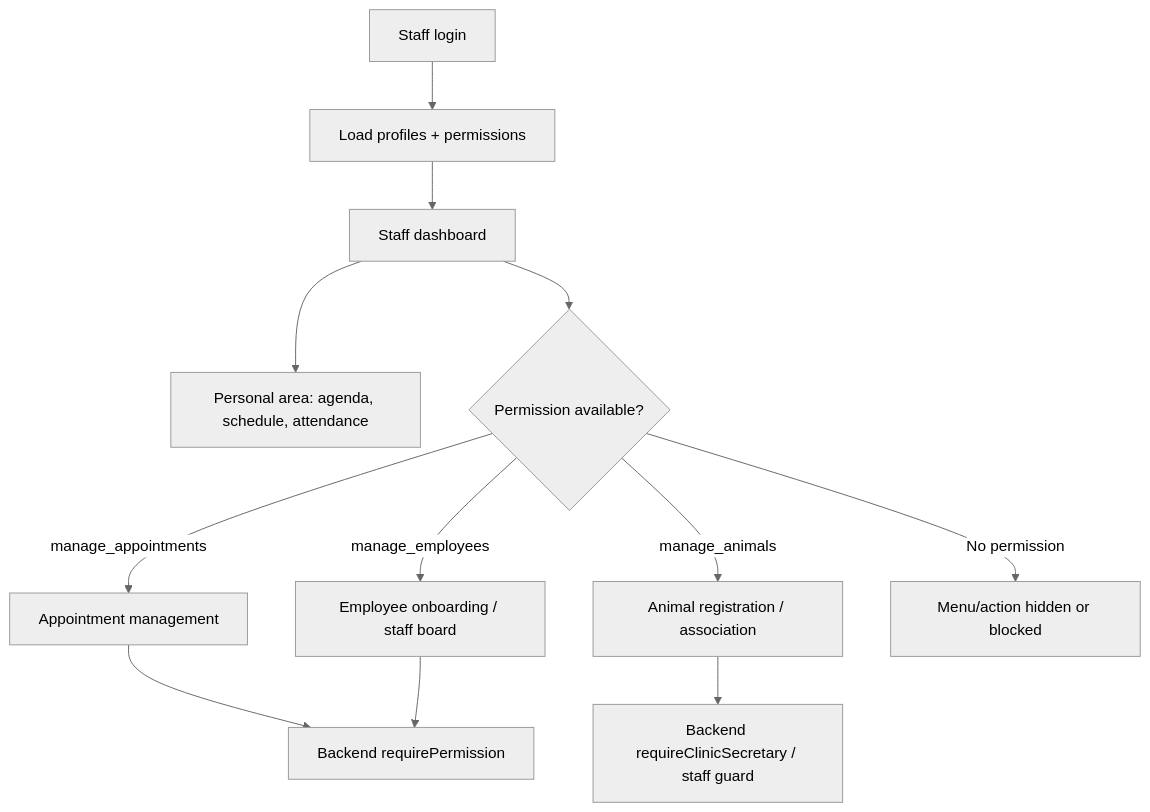
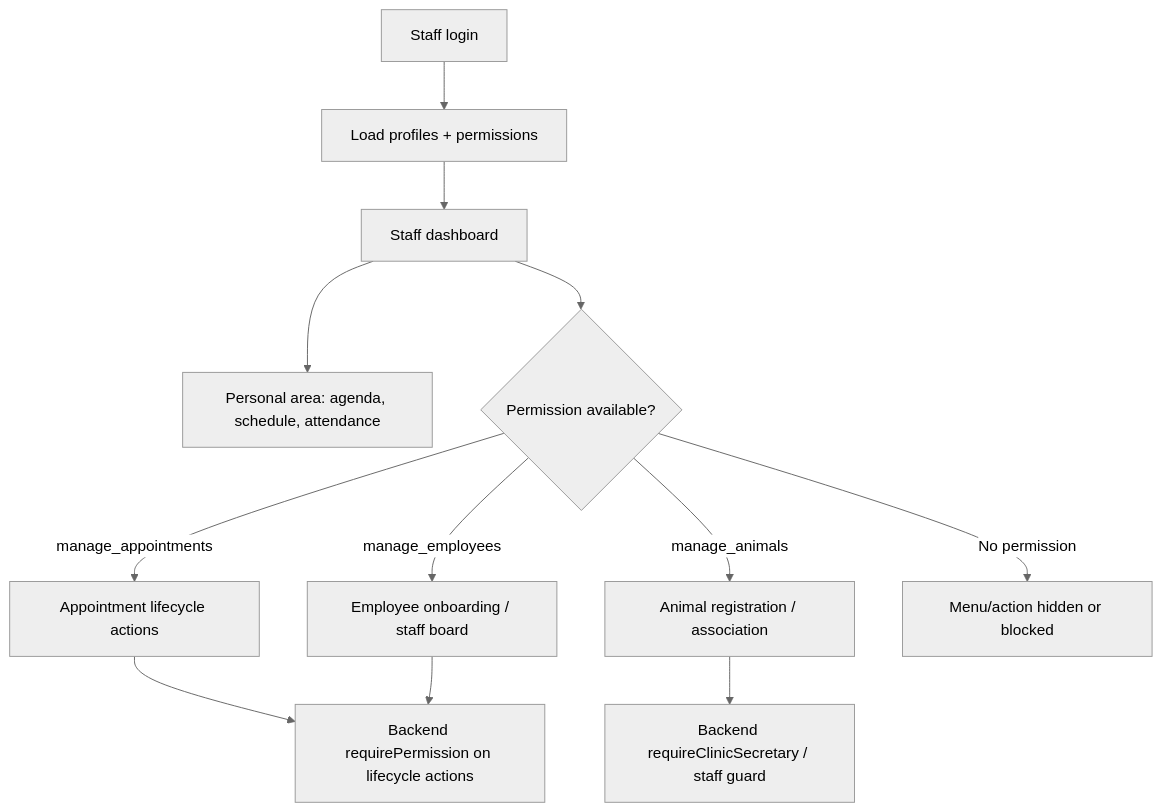
The third of 5 diagrams in 05_Docs/01_Academic_Reports/Application_Report.md (bulletproof20/MiaCaoMigo_Engineering), drawn with Mermaid (neutral theme) before and after one commit. The commit also changed other lines of this file and 4 other files, not shown here.

````diff
--- a/05_Docs/01_Academic_Reports/Application_Report.md
+++ b/05_Docs/01_Academic_Reports/Application_Report.md
@@ -112,14 +112,14 @@
 ```mermaid
 flowchart TD
     staffLogin["Staff login"] --> profiles["Load profiles + permissions"]
     profiles --> dashboard["Staff dashboard"]
     dashboard --> selfService["Personal area: agenda, schedule, attendance"]
     dashboard --> rbac{"Permission available?"}
-    rbac -->|"manage_appointments"| appointmentsOps["Appointment management"]
+    rbac -->|"manage_appointments"| appointmentsOps["Appointment lifecycle actions"]
     rbac -->|"manage_employees"| employeesOps["Employee onboarding / staff board"]
     rbac -->|"manage_animals"| animalsOps["Animal registration / association"]
     rbac -->|"No permission"| hidden["Menu/action hidden or blocked"]
-    appointmentsOps --> apiGuard["Backend requirePermission"]
+    appointmentsOps --> apiGuard["Backend requirePermission on lifecycle actions"]
     employeesOps --> apiGuard
     animalsOps --> clinicGuard["Backend requireClinicSecretary / staff guard"]
 ```
````
